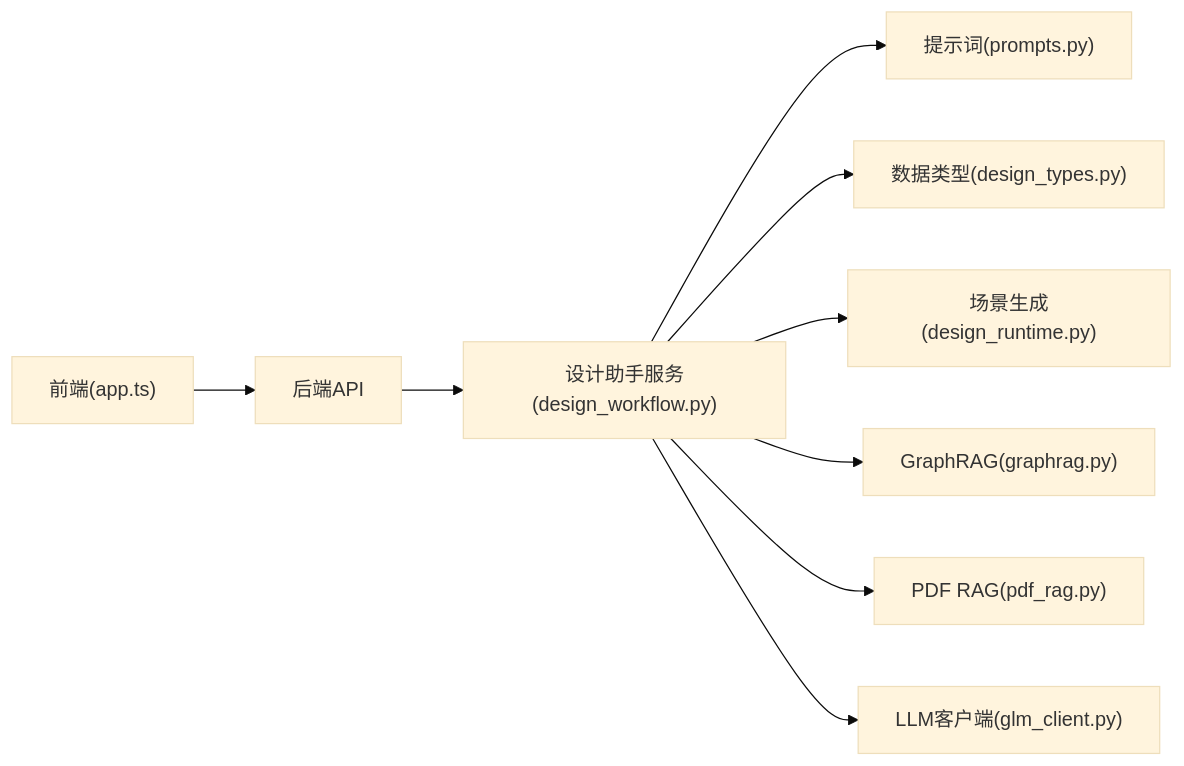
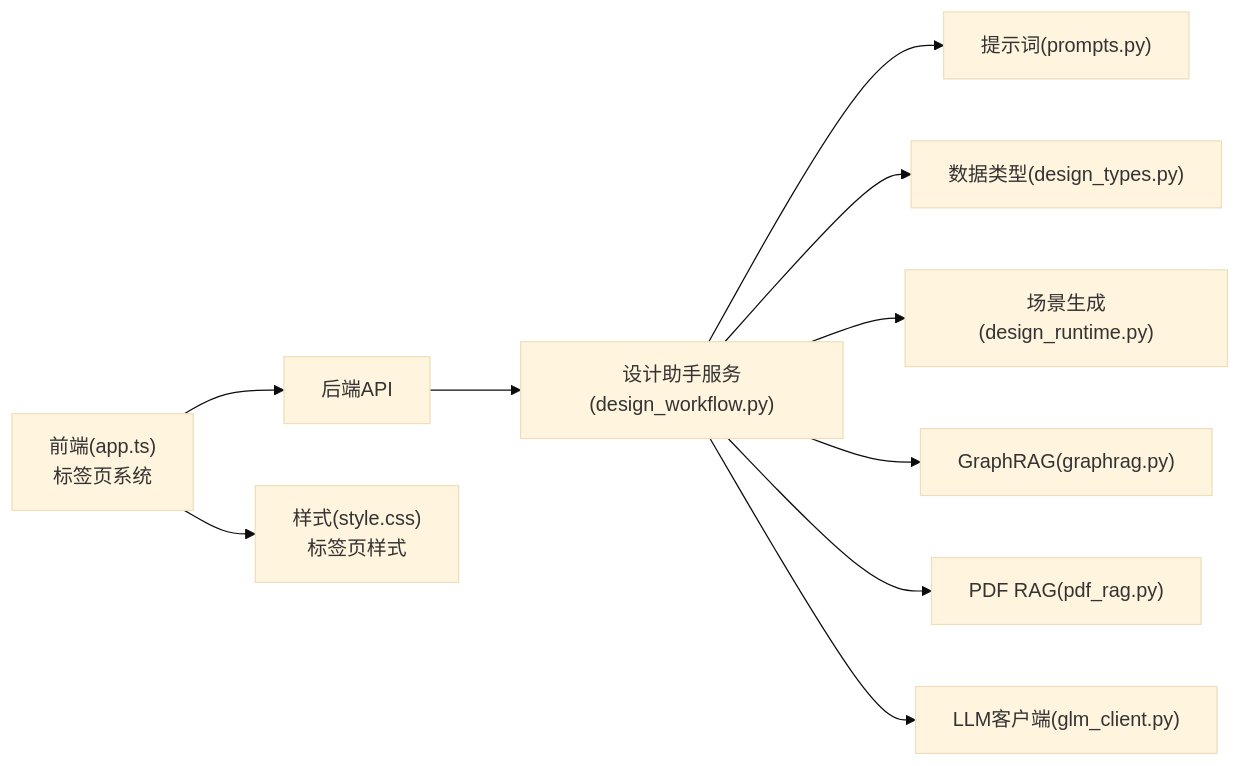
One commit to wsqstar/RoadGen3D changed the eighth of 8 diagrams in .qoder/repowiki/zh/content/Web界面系统/工作台界面/LLM对话面板.md. Above: the diagram before and after it, drawn with Mermaid (base theme). The commit also changed other lines of this file and 8 other files, not shown here.

````diff
--- a/.qoder/repowiki/zh/content/Web界面系统/工作台界面/LLM对话面板.md
+++ b/.qoder/repowiki/zh/content/Web界面系统/工作台界面/LLM对话面板.md
@@ -335,11 +434,12 @@
 ```mermaid
 graph LR
-FE["前端(app.ts)"] --> API["后端API"]
+FE["前端(app.ts)<br/>标签页系统"] --> API["后端API"]
 API --> DW["设计助手服务(design_workflow.py)"]
 DW --> PROMPT["提示词(prompts.py)"]
 DW --> TYPES["数据类型(design_types.py)"]
 DW --> RUNTIME["场景生成(design_runtime.py)"]
 DW --> GR["GraphRAG(graphrag.py)"]
 DW --> PR["PDF RAG(pdf_rag.py)"]
 DW --> LLM["LLM客户端(glm_client.py)"]
+FE --> STYLE["样式(style.css)<br/>标签页样式"]
 ```
````
